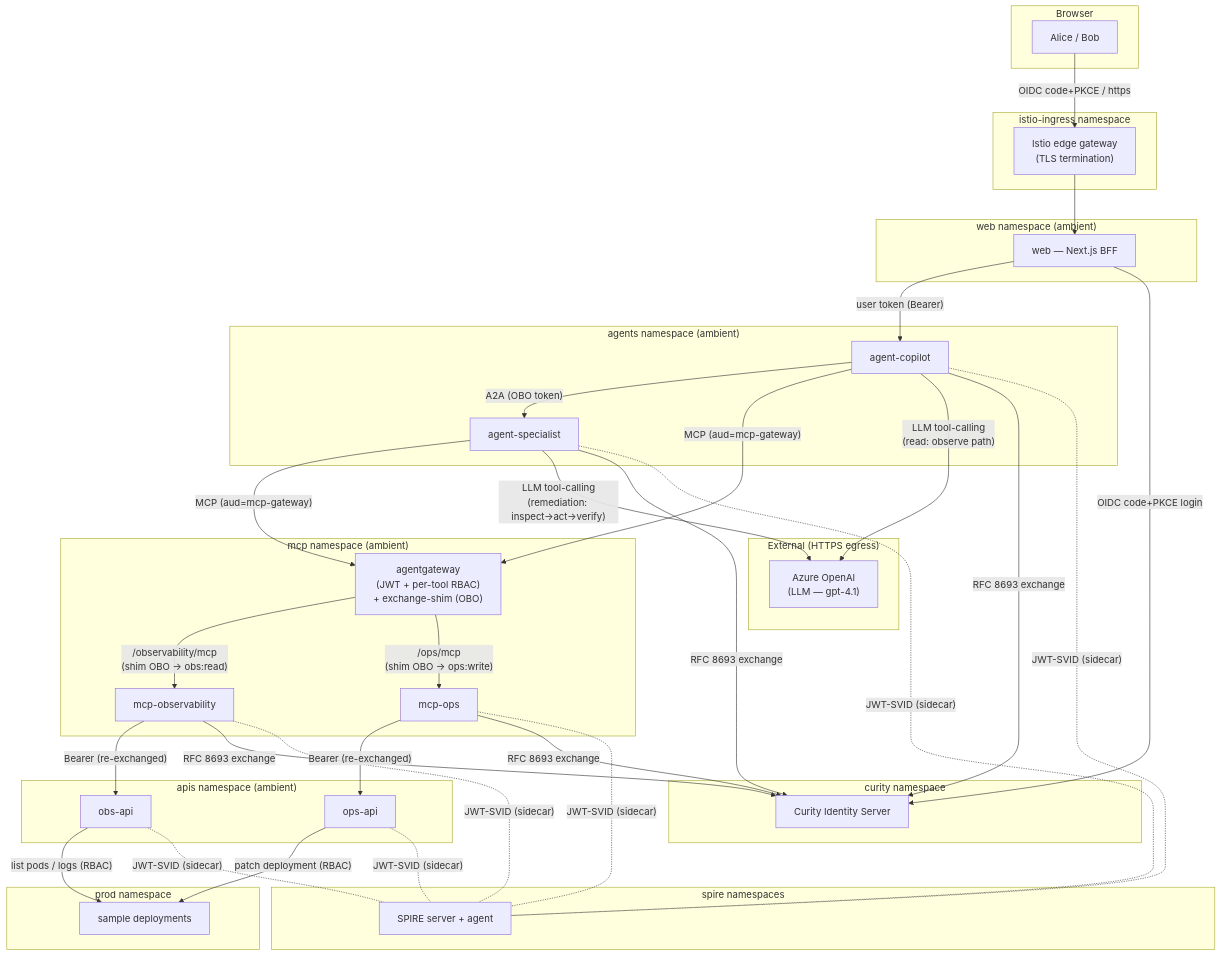
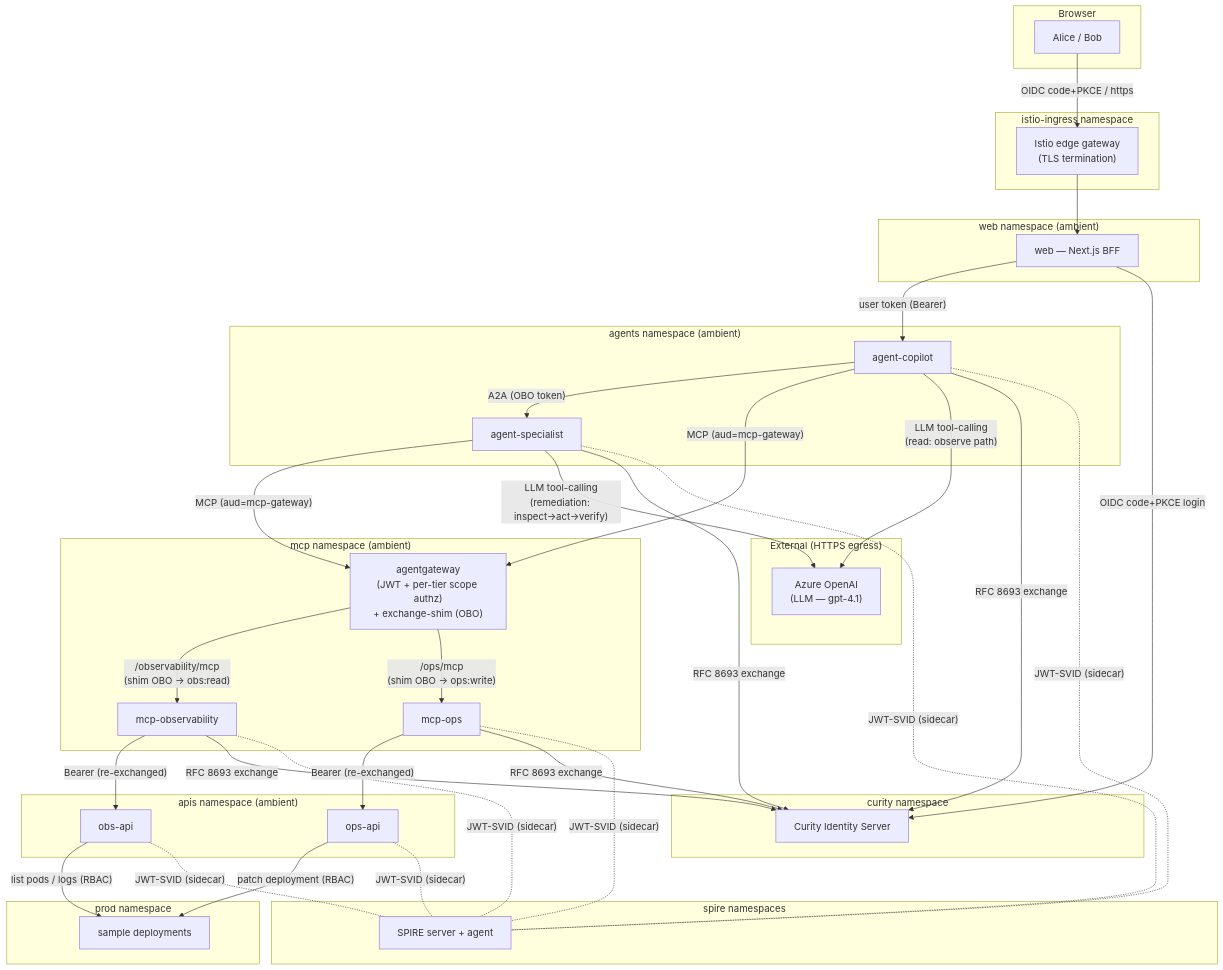
The first of 4 diagrams in docs/architecture.md (curityio/ai-agents-auth-demo), drawn with Mermaid before and after one commit. The commit also changed other lines of this file and 4 other files, not shown here.

First line of the commit message:
docs: sync architecture/design/demo/seed/readme with agentgateway as-built

````diff
--- a/docs/architecture.md
+++ b/docs/architecture.md
@@ -66,64 +66,64 @@
 ```mermaid
 flowchart TB
   subgraph browser["Browser"]
     U["Alice / Bob"]
   end
 
   subgraph ingress_ns["istio-ingress namespace"]
     GW["Istio edge gateway<br/>(TLS termination)"]
   end
 
   subgraph web_ns["web namespace (ambient)"]
     W["web — Next.js BFF"]
   end
 
   subgraph agents_ns["agents namespace (ambient)"]
     A1["agent-copilot"]
     A2["agent-specialist"]
   end
 
   subgraph mcp_ns["mcp namespace (ambient)"]
-    GWY["agentgateway<br/>(JWT + per-tool RBAC)<br/>+ exchange-shim (OBO)"]
+    GWY["agentgateway<br/>(JWT + per-tier scope authz)<br/>+ exchange-shim (OBO)"]
     M1["mcp-observability"]
     M2["mcp-ops"]
   end
 
   subgraph apis_ns["apis namespace (ambient)"]
     B1["obs-api"]
     B2["ops-api"]
   end
 
   subgraph prod_ns["prod namespace"]
     V["sample deployments"]
   end
 
   subgraph curity_ns["curity namespace"]
     C["Curity Identity Server"]
   end
 
   subgraph spire_ns["spire namespaces"]
     S["SPIRE server + agent"]
   end
 
   subgraph external["External (HTTPS egress)"]
     LLM["Azure OpenAI<br/>(LLM — gpt-4.1)"]
   end
 
   U -- "OIDC code+PKCE / https" --> GW
   GW --> W
   W -- "user token (Bearer)" --> A1
   A1 -- "A2A (OBO token)" --> A2
   A1 -- "MCP (aud=mcp-gateway)" --> GWY
   A2 -- "MCP (aud=mcp-gateway)" --> GWY
   A1 -- "LLM tool-calling<br/>(read: observe path)" --> LLM
   A2 -- "LLM tool-calling<br/>(remediation: inspect→act→verify)" --> LLM
   GWY -- "/observability/mcp<br/>(shim OBO → obs:read)" --> M1
   GWY -- "/ops/mcp<br/>(shim OBO → ops:write)" --> M2
   M1 -- "Bearer (re-exchanged)" --> B1
   M2 -- "Bearer (re-exchanged)" --> B2
   B1 -- "list pods / logs (RBAC)" --> V
   B2 -- "patch deployment (RBAC)" --> V
   W -- "OIDC code+PKCE login" --> C
   A1 & A2 & M1 & M2 -- "RFC 8693 exchange" --> C
   B1 & B2 & A1 & A2 & M1 & M2 -. "JWT-SVID (sidecar)" .- S
 ```
````
